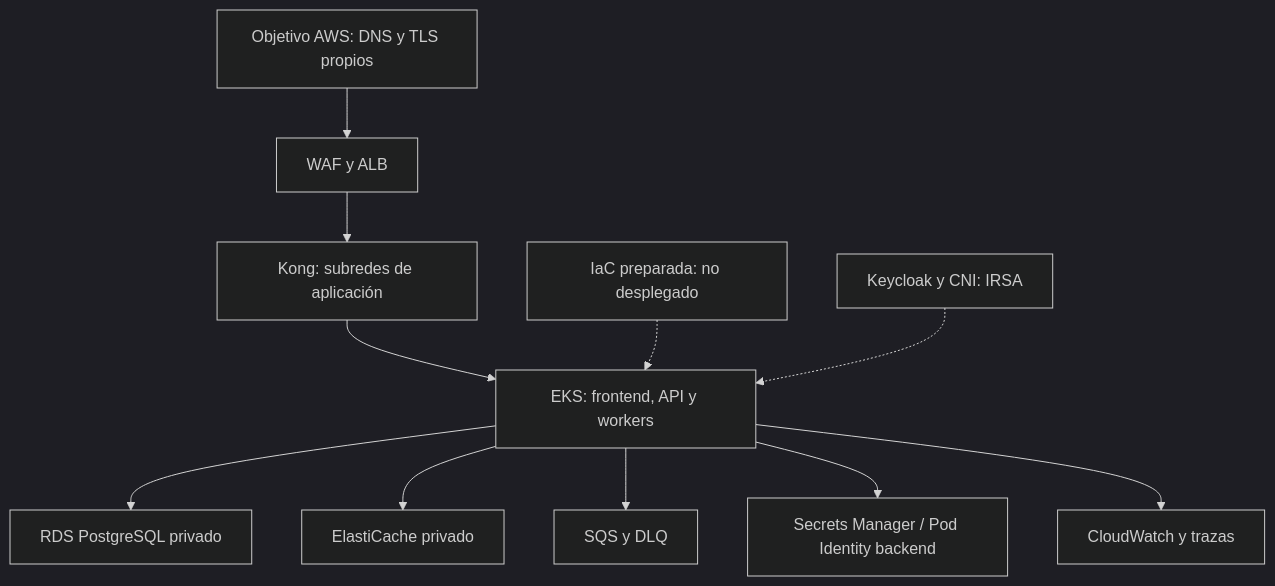
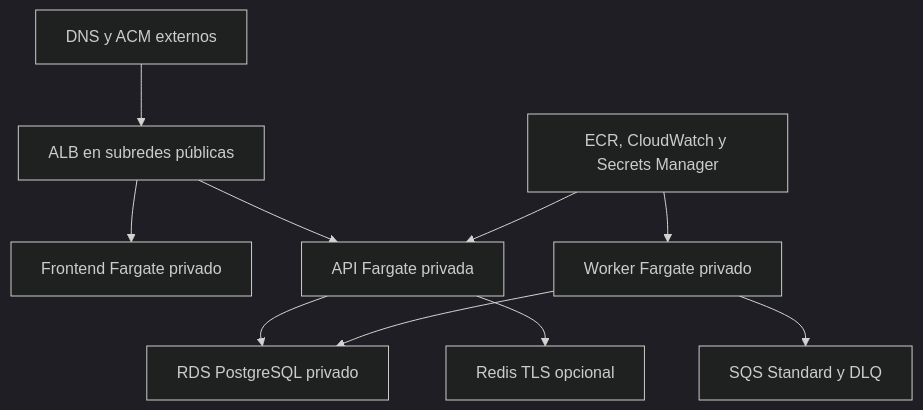
One commit to Arukado01/vortexbird-documentation changed the diagram in diagrams/02-aws-deployment.mmd. Above: the diagram before and after it, drawn with Mermaid (dark theme). The commit also changed 33 other files, not shown here.

Commit message:
docs: add help center, ECS IAM and CI/CD diagrams

```diff
--- a/diagrams/02-aws-deployment.mmd
+++ b/diagrams/02-aws-deployment.mmd
@@ -1,11 +1,10 @@
 flowchart TD
-  edge["Objetivo AWS: DNS y TLS propios"] --> waf["WAF y ALB"]
-  waf --> kong["Kong: subredes de aplicación"]
-  kong --> pods["EKS: frontend, API y workers"]
-  pods --> rds["RDS PostgreSQL privado"]
-  pods --> redis["ElastiCache privado"]
-  pods --> sqs["SQS y DLQ"]
-  pods --> secrets["Secrets Manager / Pod Identity backend"]
-  pods --> metrics["CloudWatch y trazas"]
-  note["IaC preparada: no desplegado"] -.-> pods
-  identity["Keycloak y CNI: IRSA"] -.-> pods
+  viewer["DNS y ACM externos"] --> alb["ALB en subredes públicas"]
+  alb --> frontend["Frontend Fargate privado"]
+  alb --> api["API Fargate privada"]
+  worker["Worker Fargate privado"] --> sqs["SQS Standard y DLQ"]
+  api --> db["RDS PostgreSQL privado"]
+  worker --> db
+  api --> redis["Redis TLS opcional"]
+  frontops["ECR, CloudWatch y Secrets Manager"] --> api
+  frontops --> worker
```
